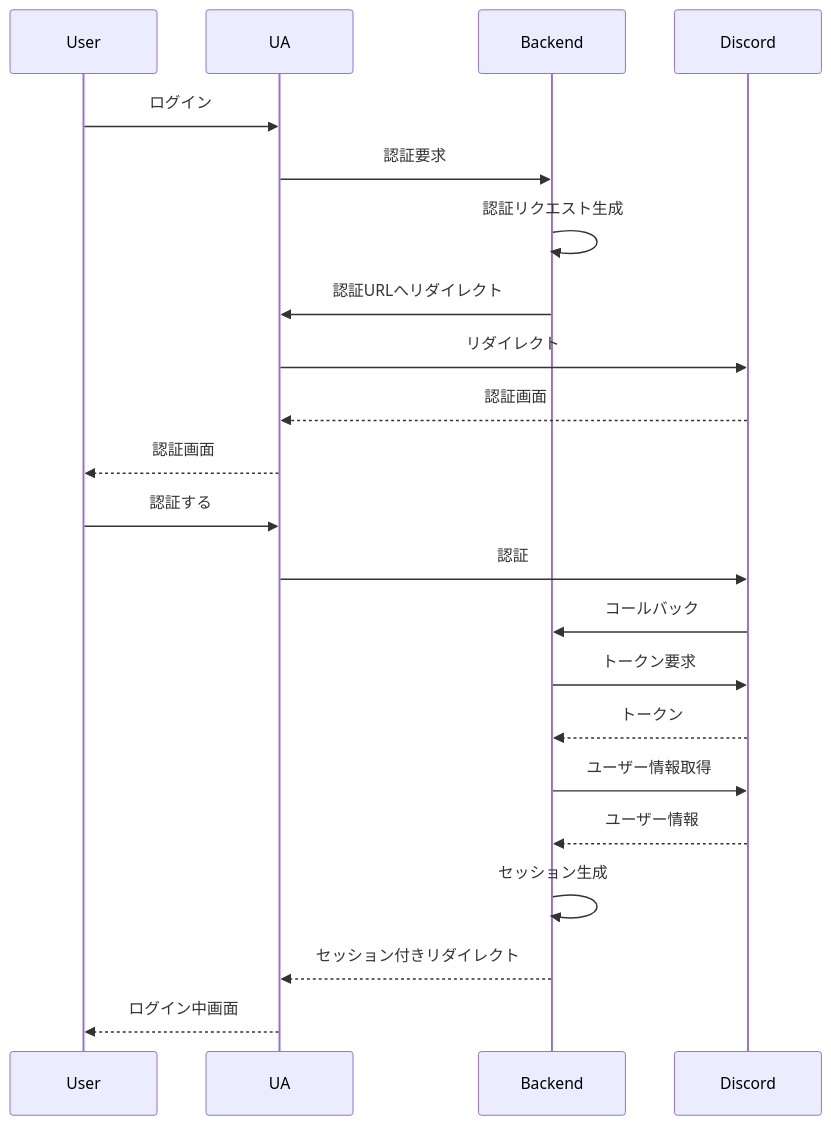
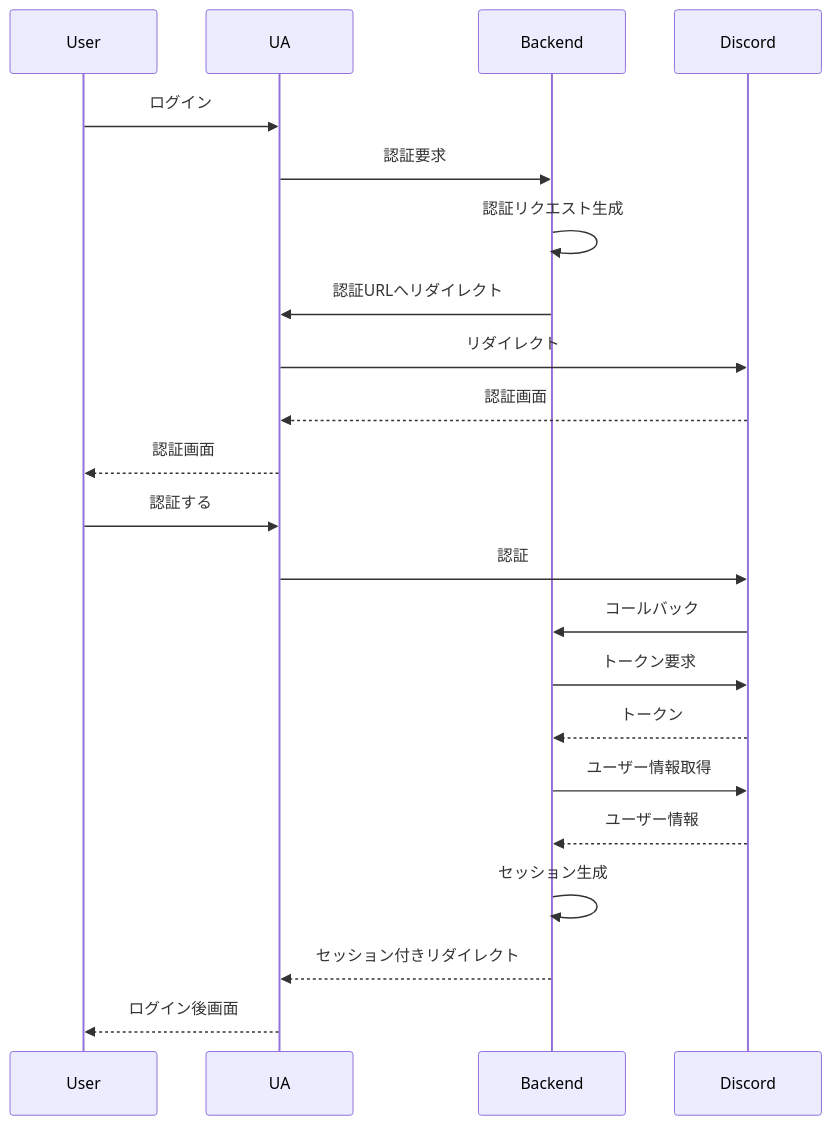
The diagram in docs/signin-flow.md (ictsc/ictsc-regalia), drawn with Mermaid before and after one commit. The commit also changed other lines of this file, not shown here.

````diff
--- a/docs/signin-flow.md
+++ b/docs/signin-flow.md
@@ -4,20 +4,20 @@
 ```mermaid
 sequenceDiagram
     User->>UA: ログイン
     UA->>Backend: 認証要求
     Backend->>Backend: 認証リクエスト生成
     Backend->>UA: 認証URLへリダイレクト
     UA->>Discord: リダイレクト
     Discord-->>UA: 認証画面
     UA-->>User: 認証画面
     User->>UA: 認証する
     UA->>Discord: 認証
     Discord->>Backend: コールバック
     Backend->>Discord: トークン要求
     Discord-->>Backend: トークン
     Backend->>Discord: ユーザー情報取得
     Discord-->>Backend: ユーザー情報
     Backend->>Backend: セッション生成
     Backend-->>UA: セッション付きリダイレクト
-    UA-->>User: ログイン中画面
+    UA-->>User: ログイン後画面
 ```
````
